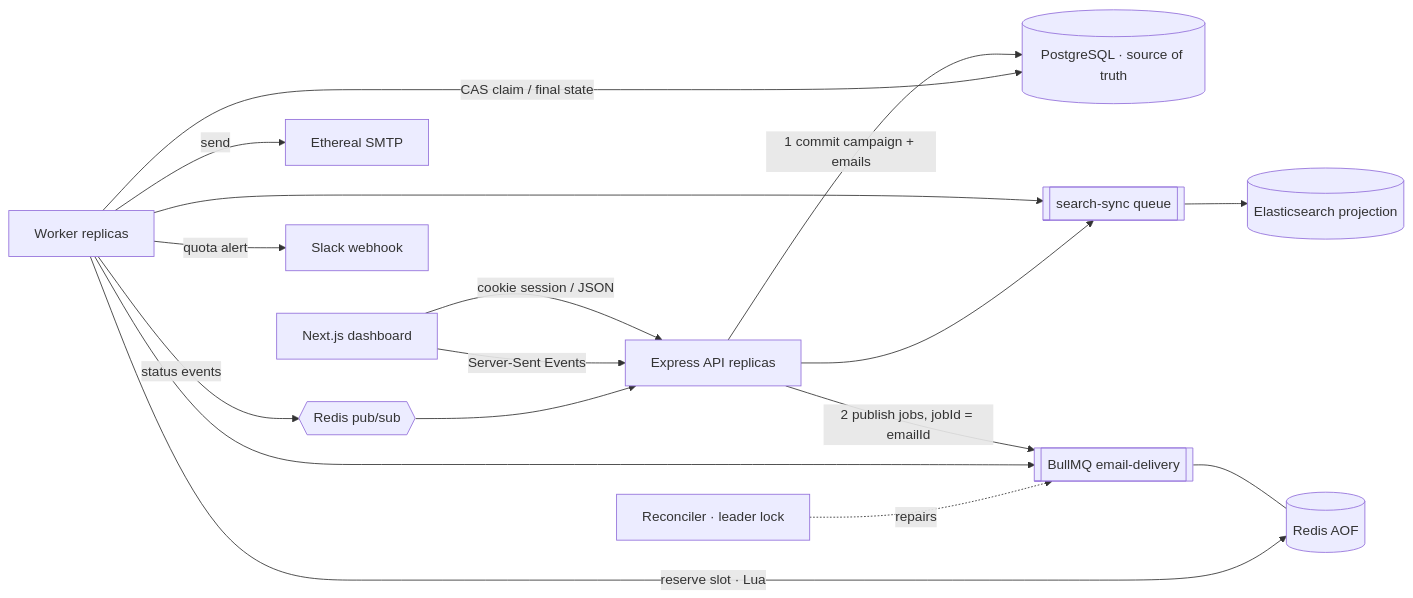
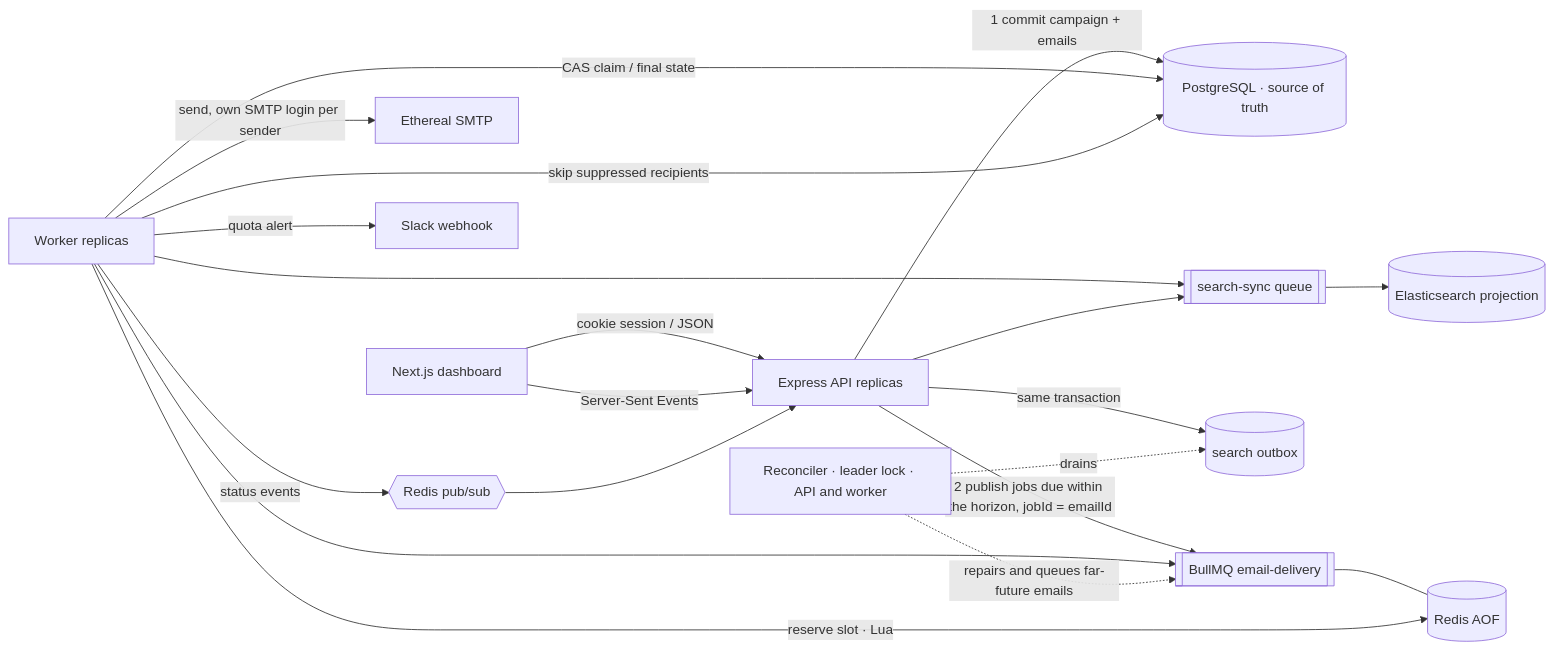
One commit to Ravikiranreddybada/reachinbox-scheduler changed the diagram in README.md. Above: the diagram before and after it, drawn with Mermaid. The commit also changed other lines of this file and 1 other file, not shown here.

Commit message:
Update README diagram and flow, and explained.html steps, for the 11 fixes

````diff
--- a/README.md
+++ b/README.md
@@ -24,16 +24,19 @@
 ```mermaid
 flowchart LR
   UI[Next.js dashboard] -- cookie session / JSON --> API[Express API replicas]
   UI -- Server-Sent Events --> API
   API -- 1 commit campaign + emails --> DB[(PostgreSQL · source of truth)]
-  API -- 2 publish jobs, jobId = emailId --> Q[[BullMQ email-delivery]]
+  API -- 2 publish jobs due within the horizon, jobId = emailId --> Q[[BullMQ email-delivery]]
+  API -- same transaction --> OB[(search outbox)]
   Q --- R[(Redis AOF)]
   W[Worker replicas] --> Q
   W -- reserve slot · Lua --> R
   W -- CAS claim / final state --> DB
-  W -- send --> SMTP[Ethereal SMTP]
+  W -- skip suppressed recipients --> DB
+  W -- send, own SMTP login per sender --> SMTP[Ethereal SMTP]
   W -- status events --> PS{{Redis pub/sub}} --> API
   W -- quota alert --> SLACK[Slack webhook]
   W & API --> SQ[[search-sync queue]] --> ES[(Elasticsearch projection)]
-  REC[Reconciler · leader lock] -. repairs .-> Q
+  REC[Reconciler · leader lock · API and worker] -. repairs and queues far-future emails .-> Q
+  REC -. drains .-> OB
 ```
````
